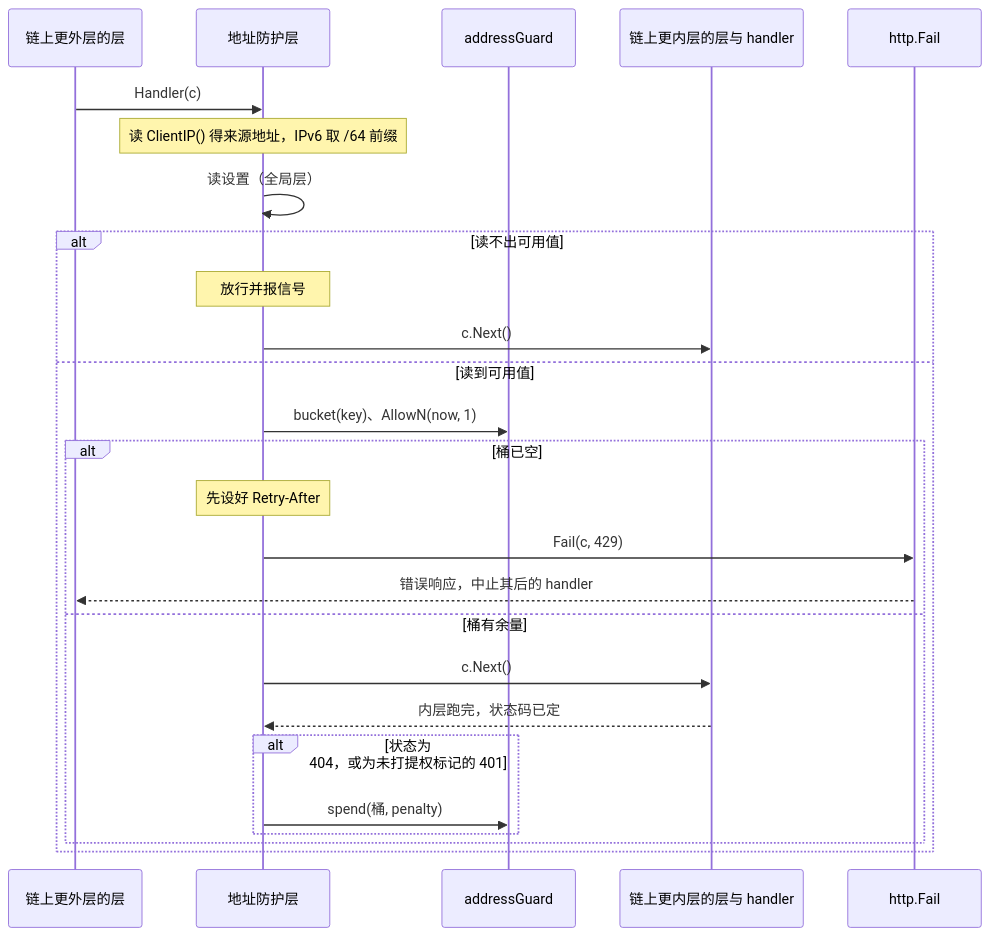
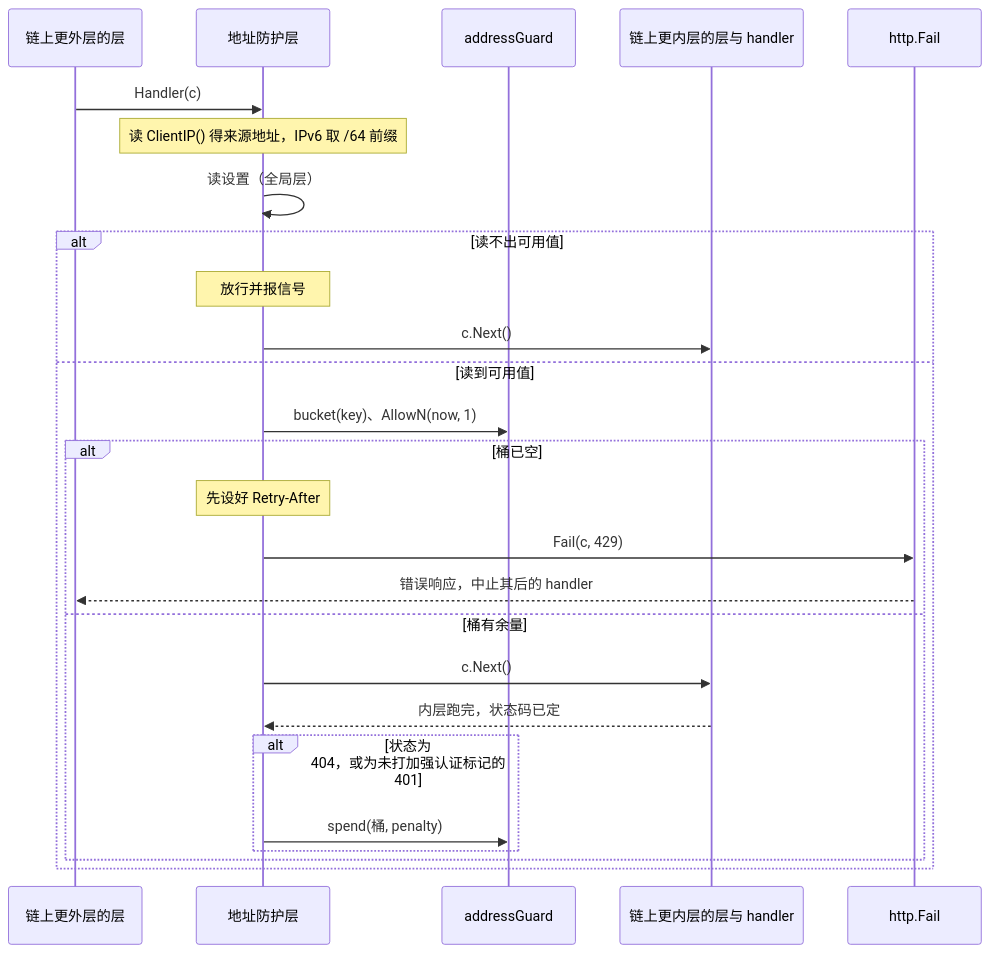
One commit to wangzw/speed changed the second of 2 diagrams in docs/design/modules/design-ratelimit.md. Above: the diagram before and after it, drawn with Mermaid. The commit also changed other lines of this file and 78 other files, not shown here.

````diff
--- a/docs/design/modules/design-ratelimit.md
+++ b/docs/design/modules/design-ratelimit.md
@@ -219,29 +223,29 @@
 ```mermaid
 sequenceDiagram
     participant O as 链上更外层的层
     participant S as 地址防护层
     participant G as addressGuard
     participant N as 链上更内层的层与 handler
     participant F as http.Fail
 
     O->>S: Handler(c)
     Note over S: 读 ClientIP() 得来源地址，IPv6 取 /64 前缀
     S->>S: 读设置（全局层）
     alt 读不出可用值
         Note over S: 放行并报信号
         S->>N: c.Next()
     else 读到可用值
         S->>G: bucket(key)、AllowN(now, 1)
         alt 桶已空
             Note over S: 先设好 Retry-After
             S->>F: Fail(c, 429)
             F-->>O: 错误响应，中止其后的 handler
         else 桶有余量
             S->>N: c.Next()
             N-->>S: 内层跑完，状态码已定
-            alt 状态为 404，或为未打提权标记的 401
+            alt 状态为 404，或为未打加强认证标记的 401
                 S->>G: spend(桶, penalty)
             end
         end
     end
 ```
````
